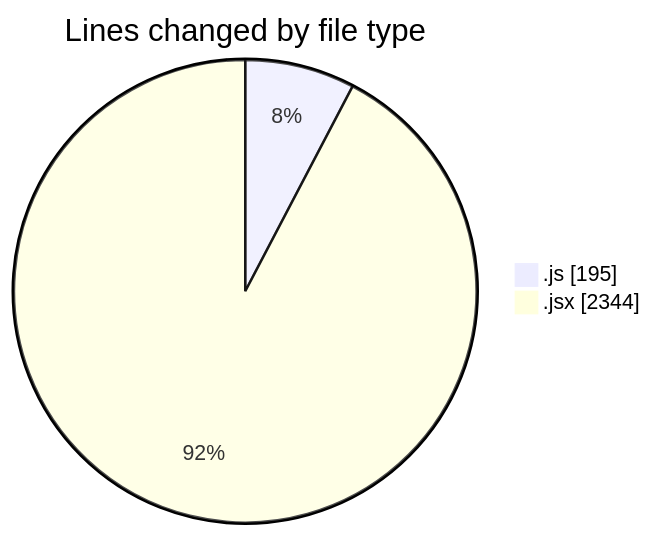
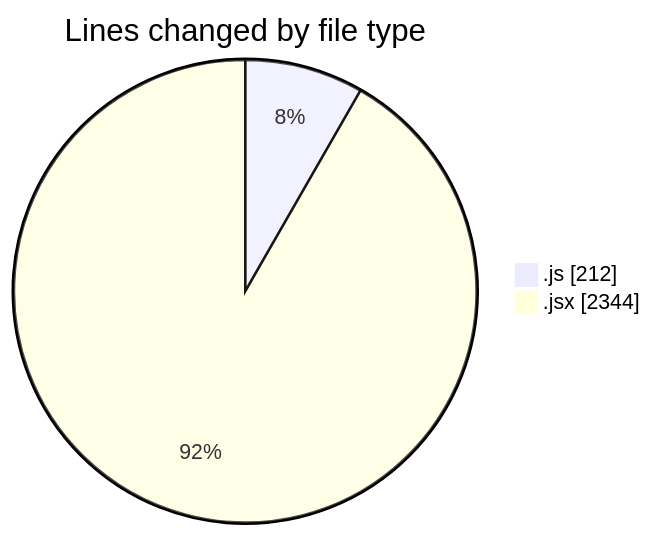
One commit to nxtqubesakshisongat/code-tracking changed the first of 2 diagrams in 2025-06-07/nxtqube_webapp/README.md. Above: the diagram before and after it, drawn with Mermaid. The commit also changed other lines of this file and 1 other file, not shown here.

````diff
--- a/2025-06-07/nxtqube_webapp/README.md
+++ b/2025-06-07/nxtqube_webapp/README.md
@@ -24,6 +24,6 @@
 ```mermaid
 pie showData
 title Lines changed by file type
-".js" : 195
+".js" : 212
 ".jsx" : 2344
 ```
````
